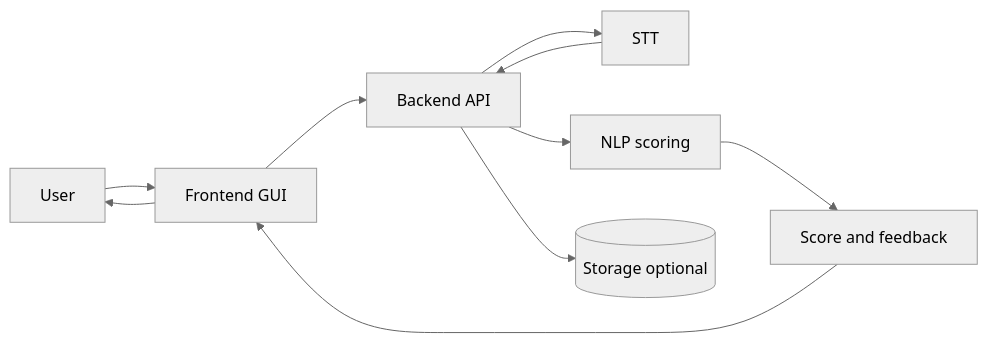
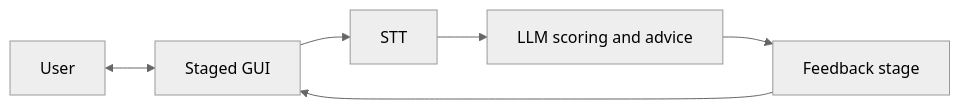
One commit to louis-li-builds/mock-interview-coach-stt-star-feedback-scoring-nlp-uts-project changed the diagram in docs/en/README.md. Above: the diagram before and after it, drawn with Mermaid (neutral theme). The commit also changed other lines of this file and 2 other files, not shown here.

Commit message:
docs: align README with staged GUI, STT, and LLM pipeline

````diff
--- a/docs/en/README.md
+++ b/docs/en/README.md
@@ -21,13 +35,14 @@
 ```mermaid
 flowchart LR
   U[User]
-  FE[Frontend GUI]
-  API[Backend API]
+  G[Staged GUI]
   STT[STT]
-  NLP[NLP scoring]
-  OUT[Score and feedback]
-  DB[(Storage optional)]
+  LLM[LLM scoring and advice]
+  FB[Feedback stage]
 
-  U --> FE --> API --> STT --> API --> NLP --> OUT --> FE --> U
-  API --> DB
+  U <--> G
+  G --> STT
+  STT --> LLM
+  LLM --> FB
+  FB --> G
 ```
````
